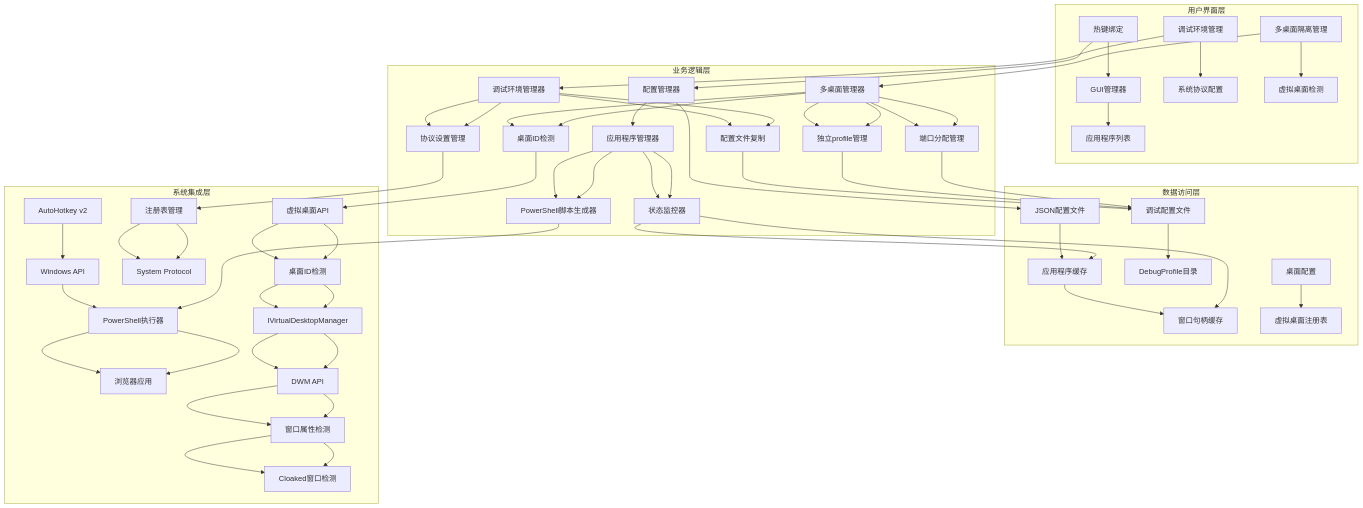
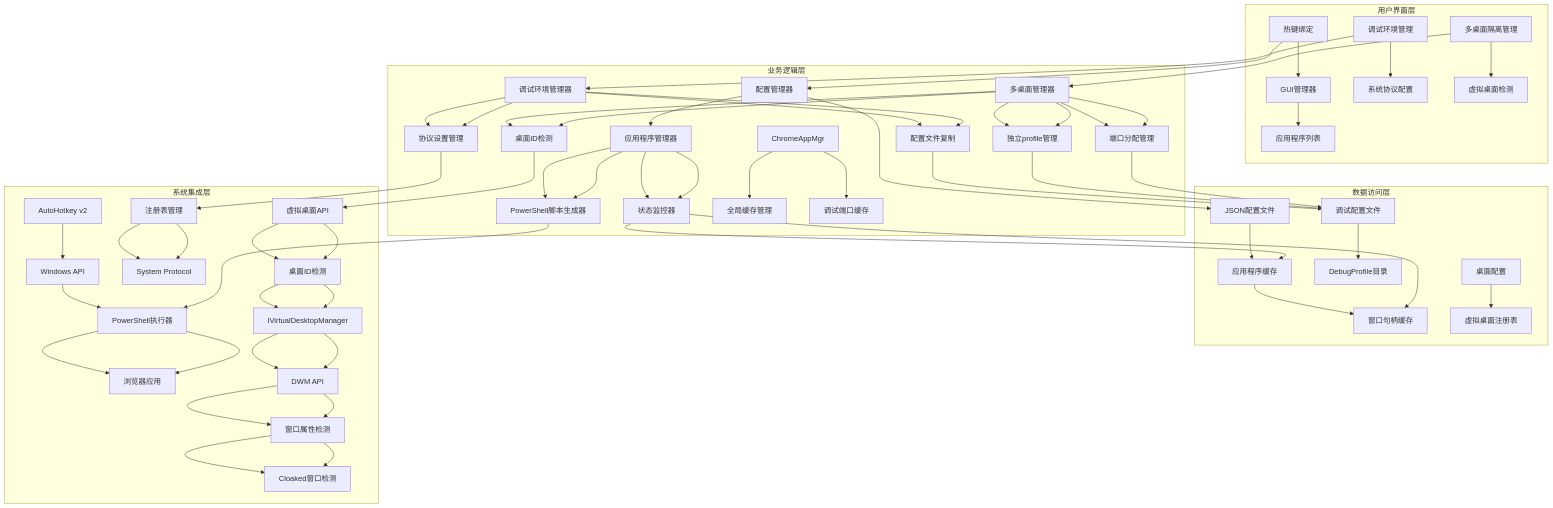
One commit to wangys-123doit/hotkey changed the fourth of 17 diagrams in .qoder/repowiki/zh/content/核心功能/浏览器应用管理.md. Above: the diagram before and after it, drawn with Mermaid. The commit also changed other lines of this file and 9 other files, not shown here.

````diff
--- a/.qoder/repowiki/zh/content/核心功能/浏览器应用管理.md
+++ b/.qoder/repowiki/zh/content/核心功能/浏览器应用管理.md
@@ -179,62 +187,64 @@
 ```mermaid
 graph TB
 subgraph "用户界面层"
 A[热键绑定] --> B[GUI管理器]
 B --> C[应用程序列表]
 D[调试环境管理] --> E[系统协议配置]
 F[多桌面隔离管理] --> G[虚拟桌面检测]
 end
 subgraph "业务逻辑层"
 H[配置管理器] --> I[应用程序管理器]
 I --> J[PowerShell脚本生成器]
 I --> K[状态监控器]
 L[调试环境管理器] --> M[配置文件复制]
 L --> N[协议设置管理]
 O[多桌面管理器] --> P[桌面ID检测]
 O --> Q[独立profile管理]
 O --> R[端口分配管理]
+S[ChromeAppMgr] --> T[全局缓存管理]
+S --> U[调试端口缓存]
 end
 subgraph "数据访问层"
-S[JSON配置文件] --> T[应用程序缓存]
-T --> U[窗口句柄缓存]
-V[调试配置文件] --> W[DebugProfile目录]
-X[桌面配置] --> Y[虚拟桌面注册表]
+V[JSON配置文件] --> W[应用程序缓存]
+W --> X[窗口句柄缓存]
+Y[调试配置文件] --> Z[DebugProfile目录]
+AA[桌面配置] --> BB[虚拟桌面注册表]
 end
 subgraph "系统集成层"
-Z[AutoHotkey v2] --> AA[Windows API]
-AA --> AB[PowerShell执行器]
-AB --> AC[浏览器应用]
-AD[注册表管理] --> AE[System Protocol]
-AF[虚拟桌面API] --> AG[桌面ID检测]
-AG --> AH[IVirtualDesktopManager]
-AH --> AI[DWM API]
-AI --> AJ[窗口属性检测]
-AJ --> AK[Cloaked窗口检测]
+CC[AutoHotkey v2] --> DD[Windows API]
+DD --> EE[PowerShell执行器]
+EE --> FF[浏览器应用]
+GG[注册表管理] --> HH[System Protocol]
+II[虚拟桌面API] --> JJ[桌面ID检测]
+JJ --> KK[IVirtualDesktopManager]
+KK --> LL[DWM API]
+LL --> MM[窗口属性检测]
+MM --> NN[Cloaked窗口检测]
 end
 A --> H
 D --> L
 F --> O
-H --> S
+H --> V
 I --> J
 I --> K
-K --> T
-K --> U
+K --> W
+K --> X
 L --> M
 L --> N
 O --> P
 O --> Q
 O --> R
-M --> V
-N --> AD
-P --> AF
-Q --> V
-R --> V
-J --> AB
-AB --> AC
-AD --> AE
-AF --> AG
-AG --> AH
-AH --> AI
-AI --> AJ
-AJ --> AK
+M --> Y
+N --> GG
+P --> II
+Q --> Y
+R --> Y
+J --> EE
+EE --> FF
+GG --> HH
+II --> JJ
+JJ --> KK
+KK --> LL
+LL --> MM
+MM --> NN
 ```
````
